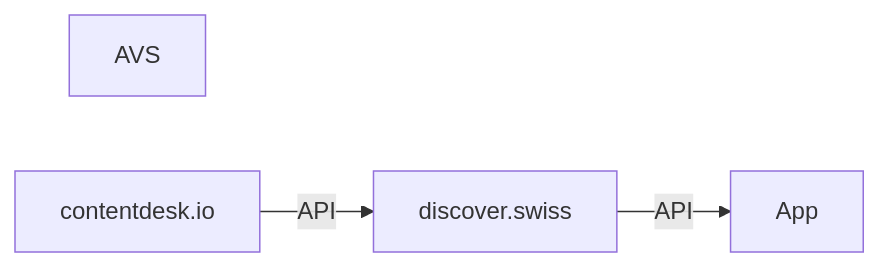
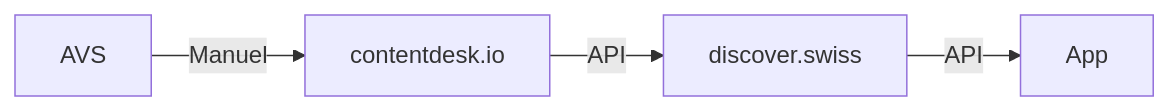
The first of 6 diagrams in docs/dev/projects/glarnerlandApp.md (tsolenthaler/docs.contentdesk.io), drawn with Mermaid before and after one commit.

Commit message:
Refactor graph orientation to top-down in glarnerlandApp.md and add connection between SystemAVS and SystemCD

````diff
--- a/docs/dev/projects/glarnerlandApp.md
+++ b/docs/dev/projects/glarnerlandApp.md
@@ -23,10 +23,11 @@
 ``` mermaid
 graph LR
     SystemAVS[AVS]
     SystemCD[contentdesk.io]
     SystemDiscover[discover.swiss]
     SystemApp[App]
 
+    SystemAVS -->|Manuel| SystemCD
     SystemCD -->|API| SystemDiscover
     SystemDiscover -->|API| SystemApp
 ```
````
